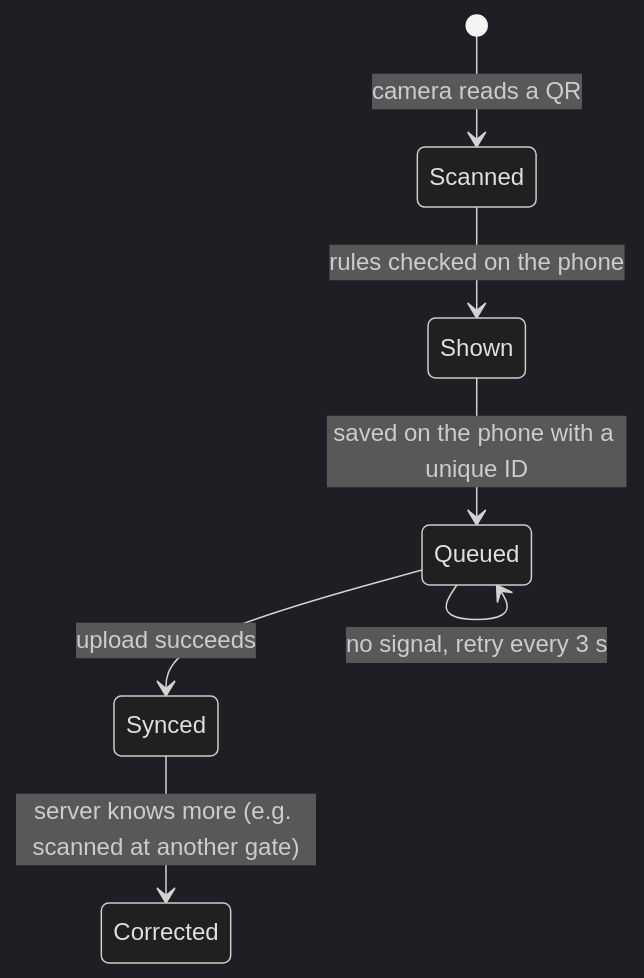
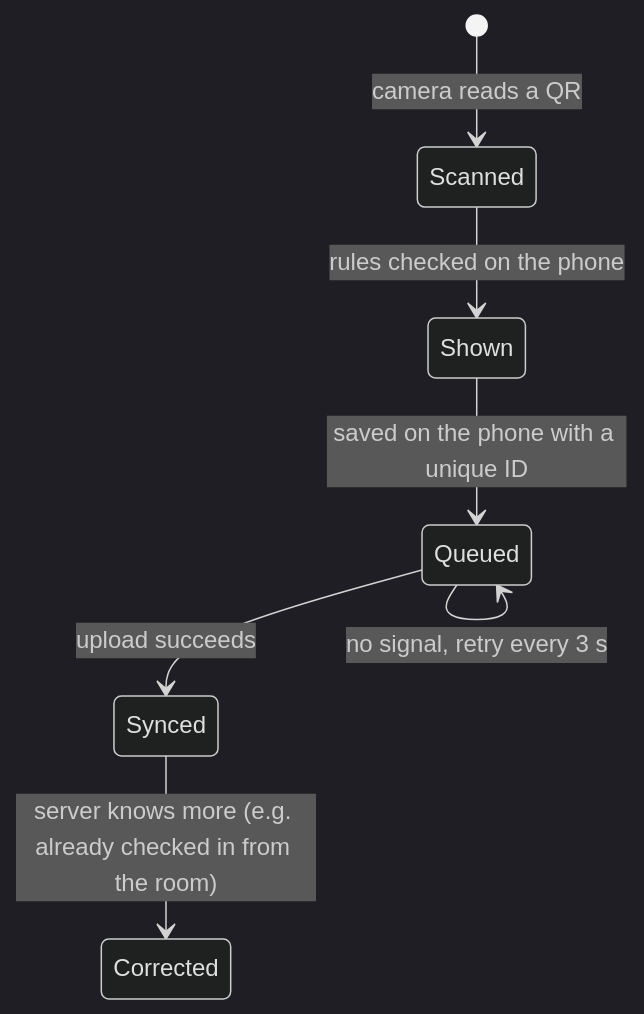
One commit to RithikhC/CampusOPS changed the second of 3 diagrams in docs/TECHNICAL.md. Above: the diagram before and after it, drawn with Mermaid (dark theme). The commit also changed other lines of this file and 13 other files, not shown here.

````diff
--- a/docs/TECHNICAL.md
+++ b/docs/TECHNICAL.md
@@ -63,9 +119,9 @@
 ```mermaid
 stateDiagram-v2
     [*] --> Scanned: camera reads a QR
     Scanned --> Shown: rules checked on the phone
     Shown --> Queued: saved on the phone with a unique ID
     Queued --> Synced: upload succeeds
     Queued --> Queued: no signal, retry every 3 s
-    Synced --> Corrected: server knows more (e.g. scanned at another gate)
+    Synced --> Corrected: server knows more (e.g. already checked in from the room)
 ```
````
